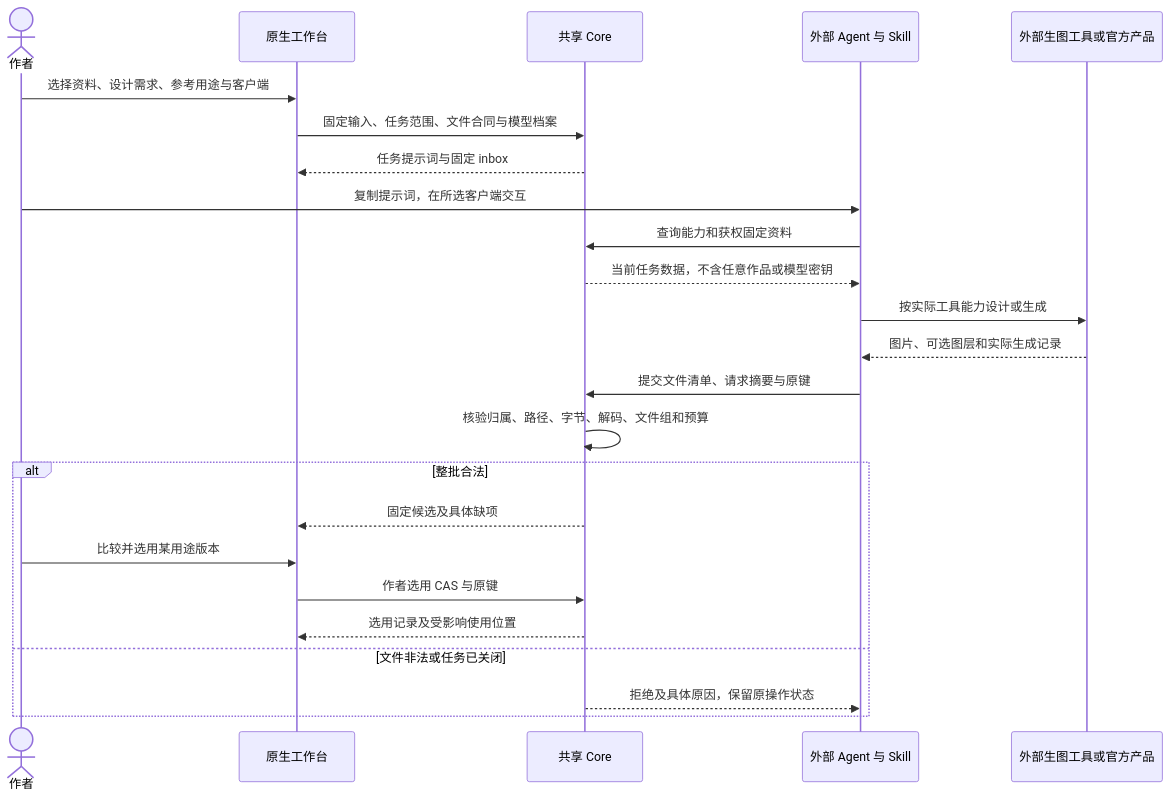
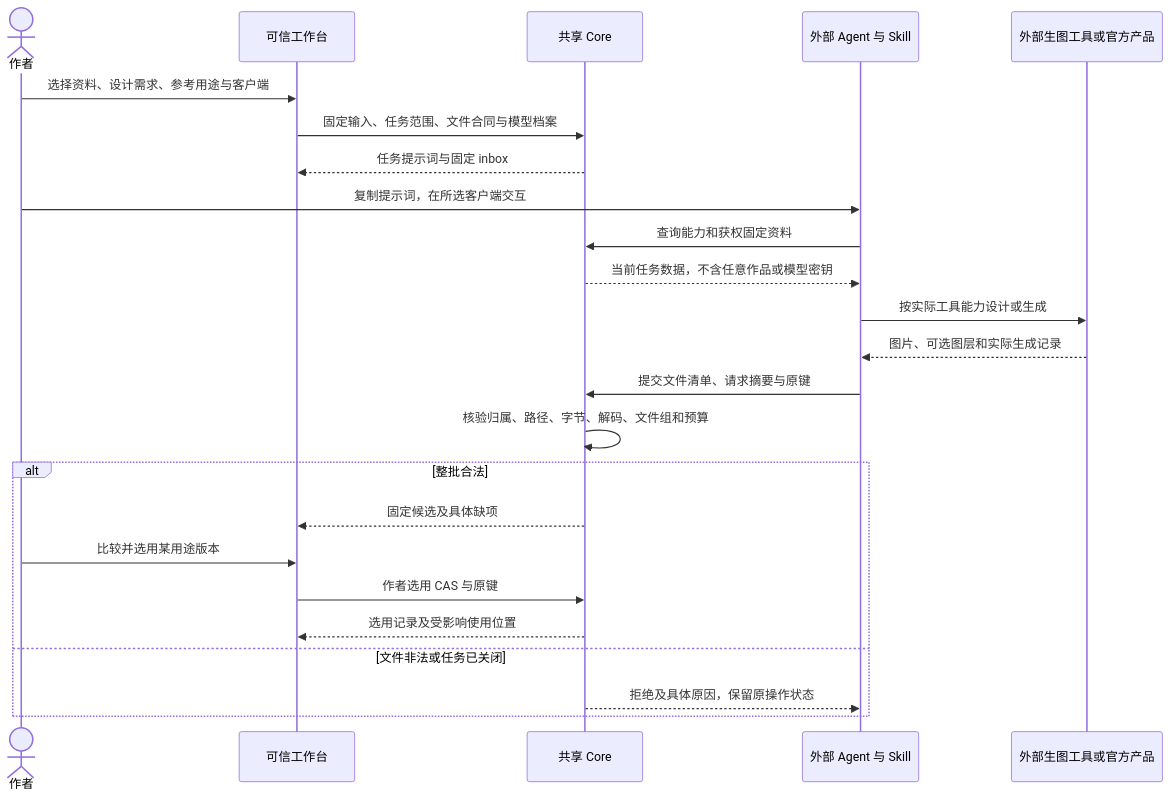
Diagram 37 of 54 in docs/23-业务流程与MCP时序.md (limecloud/hetu), drawn with Mermaid before and after one commit. The commit also changed other lines of this file and 729 other files, not shown here.

````diff
--- a/docs/23-业务流程与MCP时序.md
+++ b/docs/23-业务流程与MCP时序.md
@@ -1033,26 +1040,26 @@
 ```mermaid
 sequenceDiagram
     actor author as 作者
-    participant ui as 原生工作台
+    participant ui as 可信工作台
     participant core as 共享 Core
     participant agent as 外部 Agent 与 Skill
     participant provider as 外部生图工具或官方产品
     author->>ui: 选择资料、设计需求、参考用途与客户端
     ui->>core: 固定输入、任务范围、文件合同与模型档案
     core-->>ui: 任务提示词与固定 inbox
     author->>agent: 复制提示词，在所选客户端交互
     agent->>core: 查询能力和获权固定资料
     core-->>agent: 当前任务数据，不含任意作品或模型密钥
     agent->>provider: 按实际工具能力设计或生成
     provider-->>agent: 图片、可选图层和实际生成记录
     agent->>core: 提交文件清单、请求摘要与原键
     core->>core: 核验归属、路径、字节、解码、文件组和预算
     alt 整批合法
         core-->>ui: 固定候选及具体缺项
         author->>ui: 比较并选用某用途版本
         ui->>core: 作者选用 CAS 与原键
         core-->>ui: 选用记录及受影响使用位置
     else 文件非法或任务已关闭
         core-->>agent: 拒绝及具体原因，保留原操作状态
     end
 ```
````
